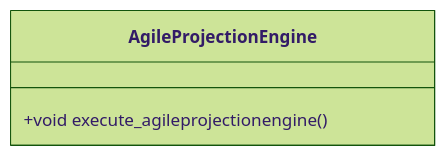
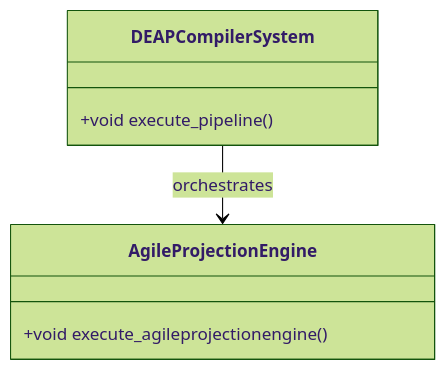
One commit to gintatkinson/dumpiler-01 changed the diagram in docs/features/FEAT-46-AgileProjectionEngine.md. Above: the diagram before and after it, drawn with Mermaid (forest theme). The commit also changed other lines of this file and 90 other files, not shown here.

````diff
--- a/docs/features/FEAT-46-AgileProjectionEngine.md
+++ b/docs/features/FEAT-46-AgileProjectionEngine.md
@@ -25,6 +25,10 @@
 ```mermaid
 classDiagram
+    class DEAPCompilerSystem {
+        +void execute_pipeline()
+    }
     class AgileProjectionEngine {
         +void execute_agileprojectionengine()
     }
+    DEAPCompilerSystem --> AgileProjectionEngine : orchestrates
 ```
````
